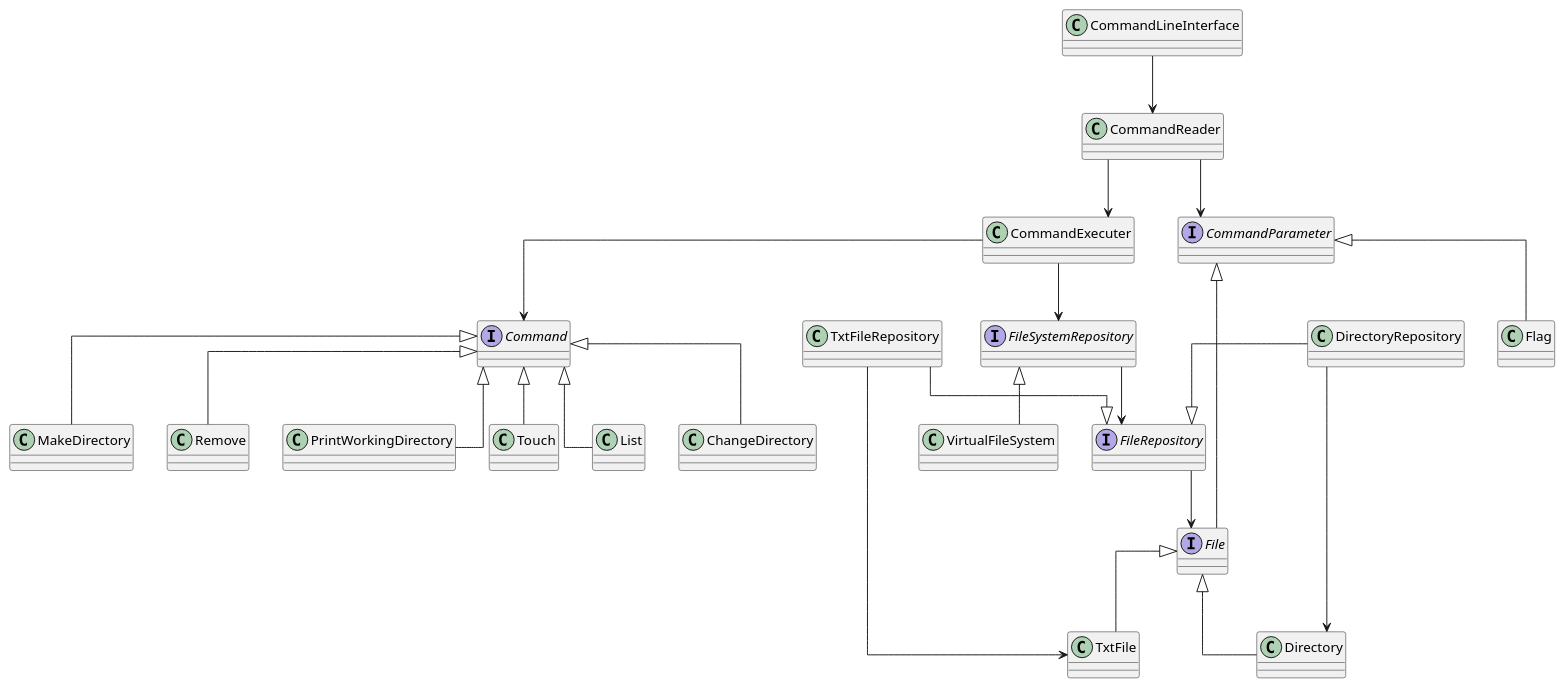
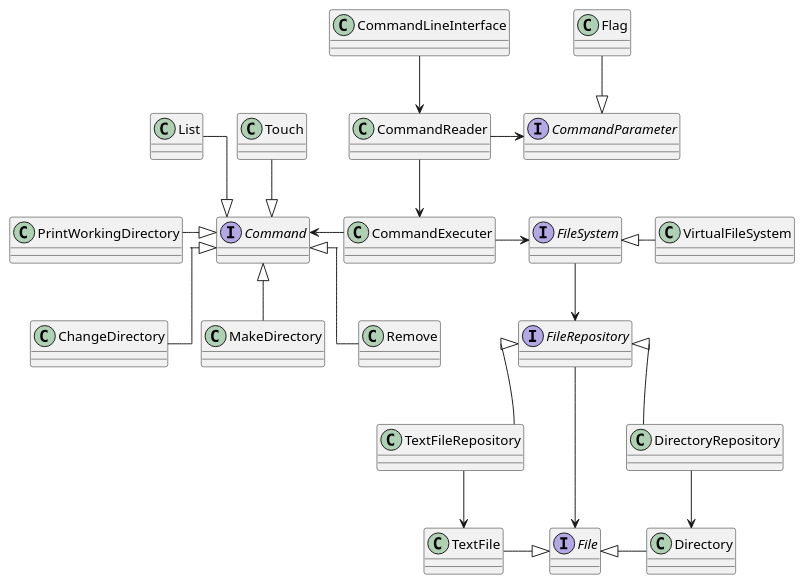
Before and after one commit to austral-ingsis-classroom/clifford-juliriton: the diagram in src/main/java/edu/austral/ingsis/uml/CLIClassDiagram.puml, drawn with PlantUML. The commit also changed 19 other files, not shown here.

Commit message:
Added changes to uml diagram and setup files

```diff
--- a/src/main/java/edu/austral/ingsis/uml/CLIClassDiagram.puml
+++ b/src/main/java/edu/austral/ingsis/uml/CLIClassDiagram.puml
@@ -1,60 +1,66 @@
 @startuml
 skinparam classAttributeIconSize 0
 skinparam linetype ortho
 
-interface fsr as "FileSystemRepository"
+interface fs as "FileSystem"
 interface fr as "FileRepository"
 interface f as "File"
 interface c as "Command"
 interface cp as "CommandParameter"
 
 class flg as "Flag"
-cp <|-- f
-cp <|-- flg
-
-class cr as "CommandReader"
-class ce as "CommandExecuter"
-class cli as "CommandLineInterface"
-
-cr -down-> cp
-cr -down-> ce
-ce -down-> fsr
-cli -down-> cr
 
 class t as "Touch"
 class ls as "List"
 class cd as "ChangeDirectory"
 class mkdir as "MakeDirectory"
 class rm as "Remove"
 class pwd as "PrintWorkingDirectory"
 
-c <|-- t
-c <|-- ls
-c <|-- cd
-c <|-- mkdir
-c <|-- rm
-c <|-- pwd
-ce -down-> c
+class txtfr as "TextFileRepository"
+class dr as "DirectoryRepository"
+
+class cr as "CommandReader"
+class ce as "CommandExecuter"
+class cli as "CommandLineInterface"
+
+class txtf as "TextFile"
+class d as "Directory"
 
 class vfs as "VirtualFileSystem"
-vfs -up-|> fsr
 
-class txtf as "TxtFile"
-class d as "Directory"
+cli -down-> cr
+cr -right-> cp
+cr -down-> ce
 
-f <|-- d
-f <|-- txtf
+ce -left-> c
+c <|-up- t
+c <|-up- ls
+c <|-down- cd
+c <|-down- mkdir
+c <|-down- rm
+c <|-left- pwd
 
-class txtfr as "TxtFileRepository"
-class dr as "DirectoryRepository"
+ce -right-> fs
+fs <|-right- vfs
+fs -down-> fr
+fr -left-> f
 
-dr -down-|> fr
+f <|-right- d
+f <|-left- txtf
+
+txtfr -up-|> fr
+txtfr -down-> txtf
+dr -up-|> fr
 dr -down-> d
 
-txtfr -down-|> fr
-txtfr -down-> txtf
+cp <|-up- flg
 
-fsr -down-> fr
-fr -down-> f
+
+
+
+
+
+
 
 @enduml
```
